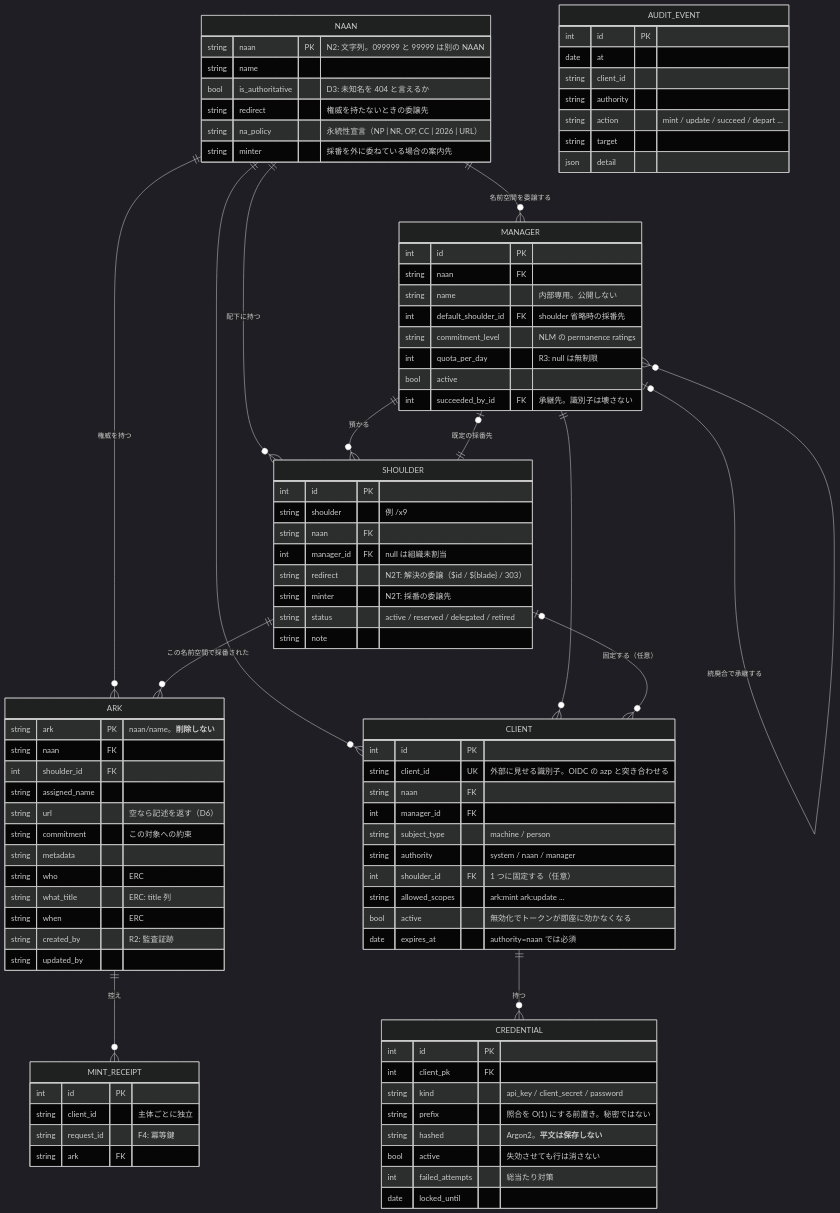
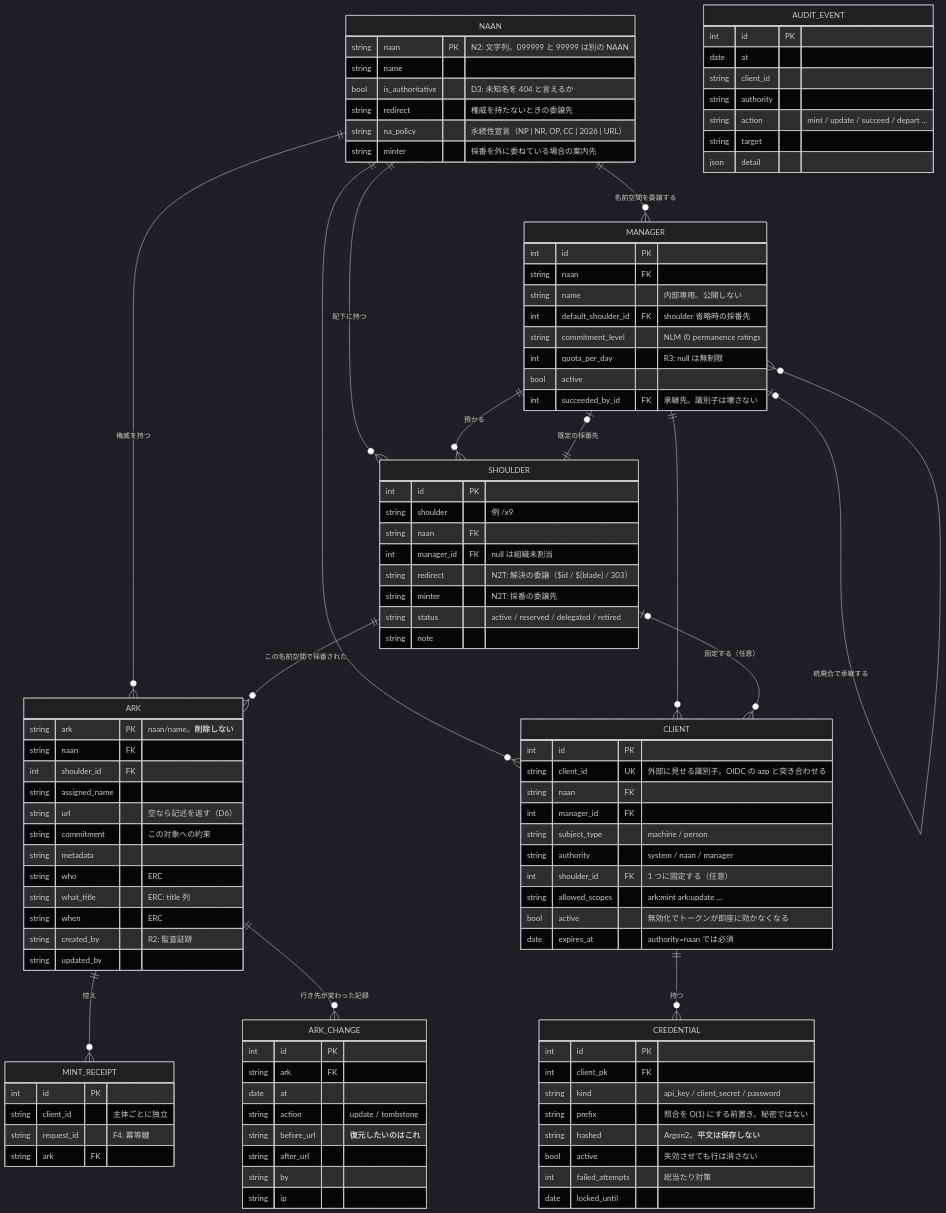
Before and after one commit to RCOSDP/arkhe: the diagram in docs/reference/data-model.ja.md, drawn with Mermaid (dark theme). The commit also changed other lines of this file and 13 other files, not shown here.

```diff
--- a/docs/reference/data-model.ja.md
+++ b/docs/reference/data-model.ja.md
@@ -21,6 +21,7 @@
 
     CLIENT ||--o{ CREDENTIAL : "持つ"
     ARK ||--o{ MINT_RECEIPT : "控え"
+    ARK ||--o{ ARK_CHANGE : "行き先が変わった記録"
 
     NAAN {
         string naan PK "N2: 文字列。099999 と 99999 は別の NAAN"
@@ -99,6 +100,17 @@
         string ark FK
     }
 
+    ARK_CHANGE {
+        int    id PK
+        string ark FK
+        date   at
+        string action "update / tombstone"
+        string before_url "**復元したいのはこれ**"
+        string after_url
+        string by
+        string ip
+    }
+
     AUDIT_EVENT {
         int    id PK
         date   at
```
